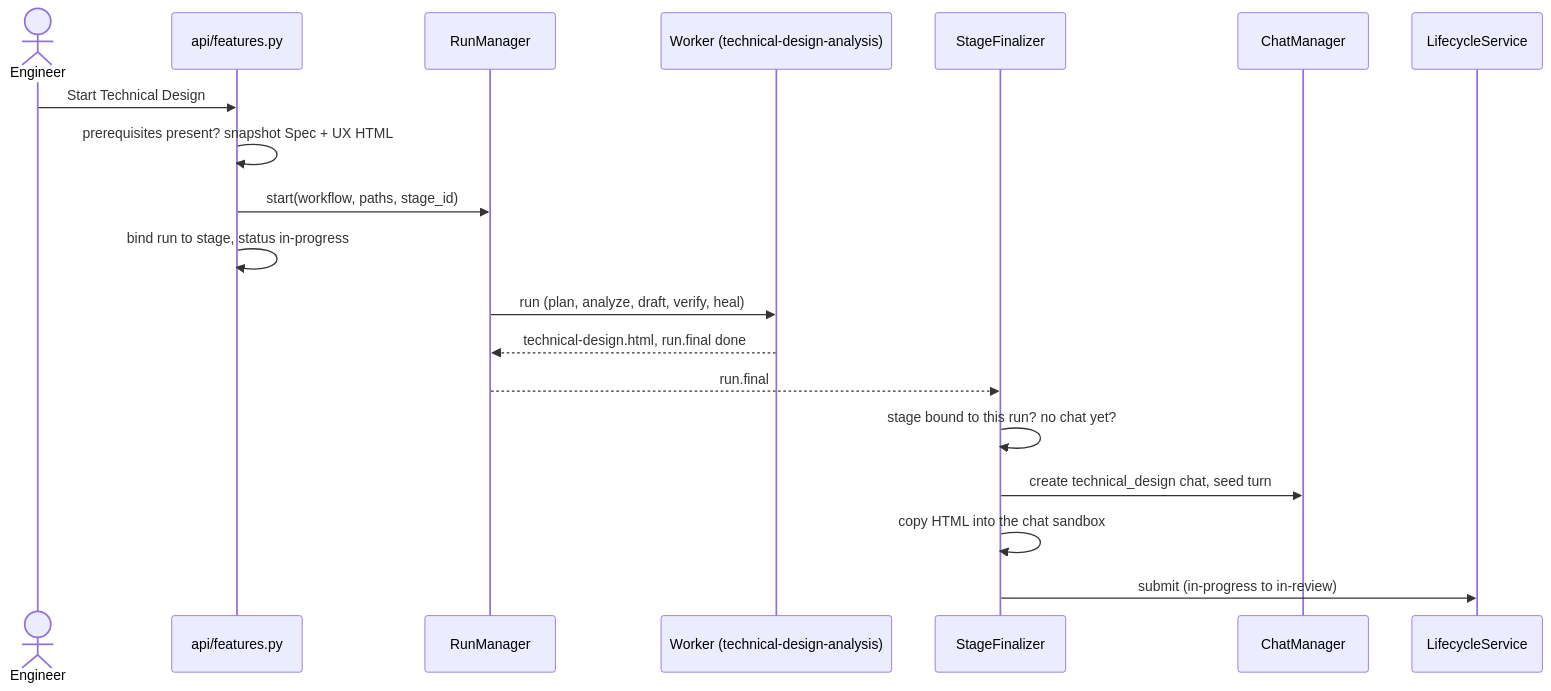
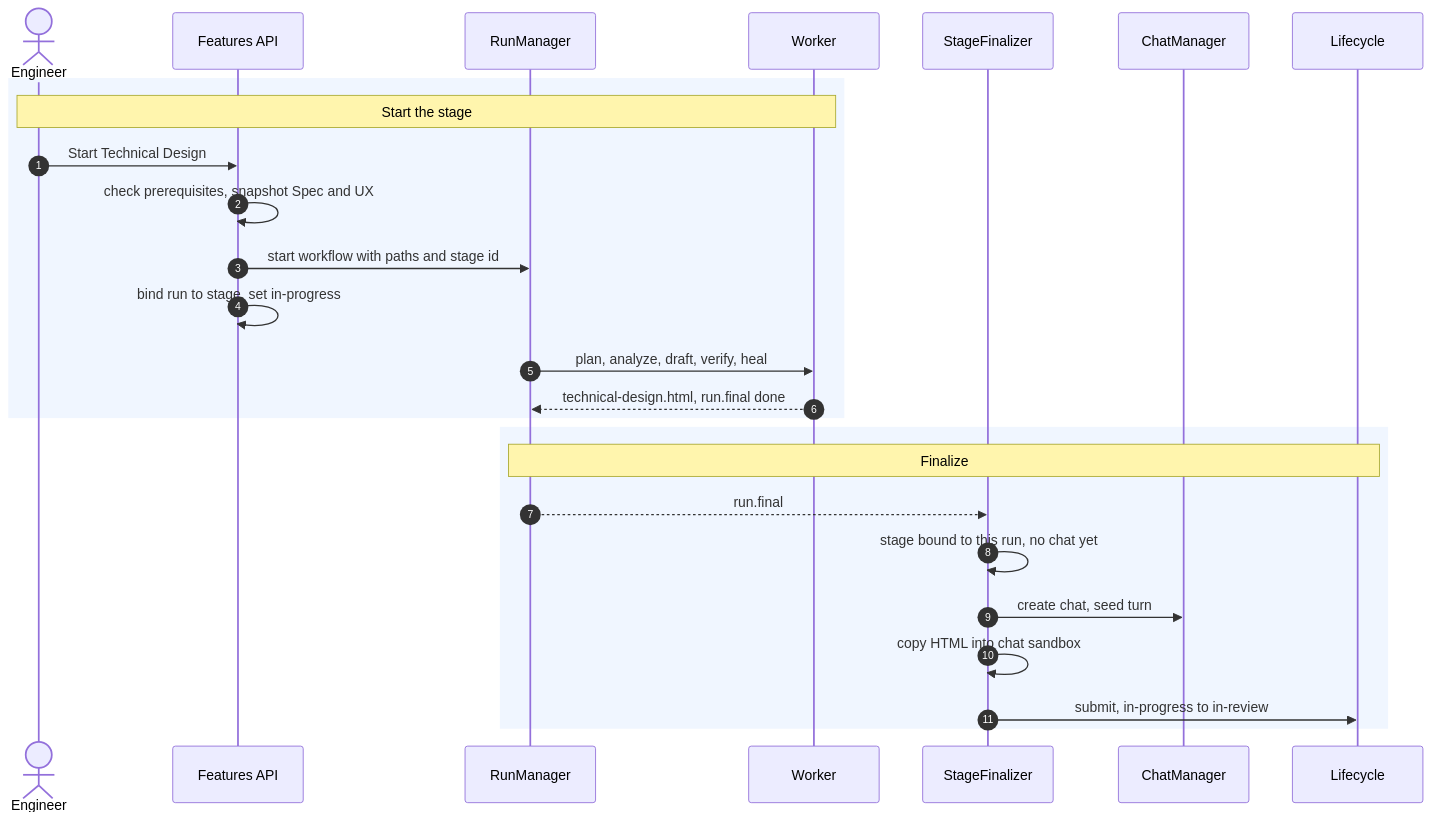
One commit to ram-020998/project-tracker changed the fourth of 6 diagrams in genesis/architecture/07-runtime-view.md. Above: the diagram before and after it, drawn with Mermaid. The commit also changed other lines of this file and 24 other files, not shown here.

First line of the commit message:
architecture: rewrite all 86 Mermaid diagrams to one C4 style, each render-checked

````diff
--- a/genesis/architecture/07-runtime-view.md
+++ b/genesis/architecture/07-runtime-view.md
@@ -151,21 +185,28 @@
 ```mermaid
 sequenceDiagram
+    autonumber
     actor U as Engineer
-    participant A as api/features.py
+    participant A as Features API
     participant R as RunManager
-    participant K as Worker (technical-design-analysis)
+    participant K as Worker
     participant F as StageFinalizer
     participant C as ChatManager
-    participant L as LifecycleService
+    participant L as Lifecycle
+    rect rgb(240, 246, 255)
+    Note over U,K: Start the stage
     U->>A: Start Technical Design
-    A->>A: prerequisites present? snapshot Spec + UX HTML
-    A->>R: start(workflow, paths, stage_id)
-    A->>A: bind run to stage, status in-progress
-    R->>K: run (plan, analyze, draft, verify, heal)
+    A->>A: check prerequisites, snapshot Spec and UX
+    A->>R: start workflow with paths and stage id
+    A->>A: bind run to stage, set in-progress
+    R->>K: plan, analyze, draft, verify, heal
     K-->>R: technical-design.html, run.final done
+    end
+    rect rgb(240, 246, 255)
+    Note over R,L: Finalize
     R-->>F: run.final
-    F->>F: stage bound to this run? no chat yet?
-    F->>C: create technical_design chat, seed turn
-    F->>F: copy HTML into the chat sandbox
-    F->>L: submit (in-progress to in-review)
+    F->>F: stage bound to this run, no chat yet
+    F->>C: create chat, seed turn
+    F->>F: copy HTML into chat sandbox
+    F->>L: submit, in-progress to in-review
+    end
 ```
````
